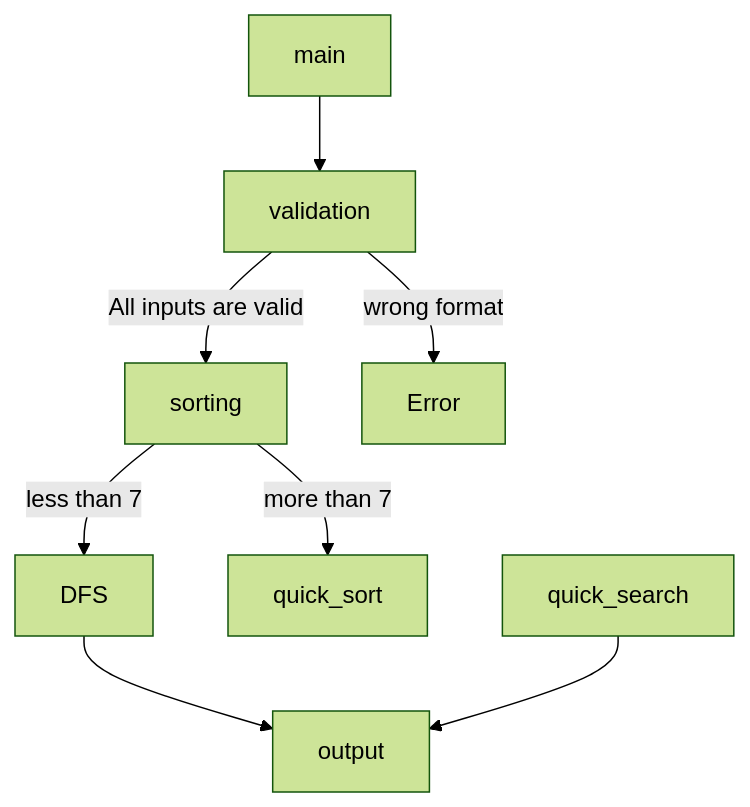
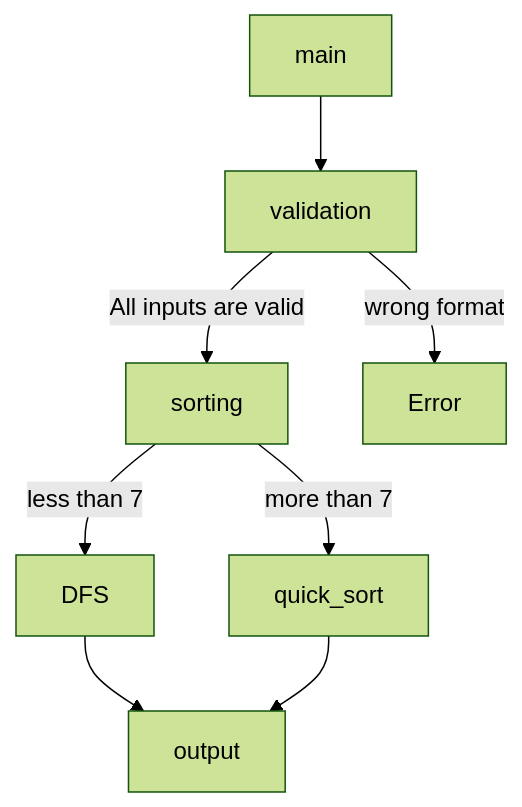
Before and after one commit to itkimura/Push_swap_42: the diagram in README.md, drawn with Mermaid (forest theme).

````diff
--- a/README.md
+++ b/README.md
@@ -87,10 +87,10 @@
 ```mermaid
   graph TD;
       main-->validation;
       validation-->|All inputs are valid|sorting;
       validation-->|wrong format|Error;
       sorting-->|less than 7|DFS;
       sorting-->|more than 7|quick_sort;
       DFS-->output
-      quick_search-->output
+      quick_sort-->output
 ```
````
